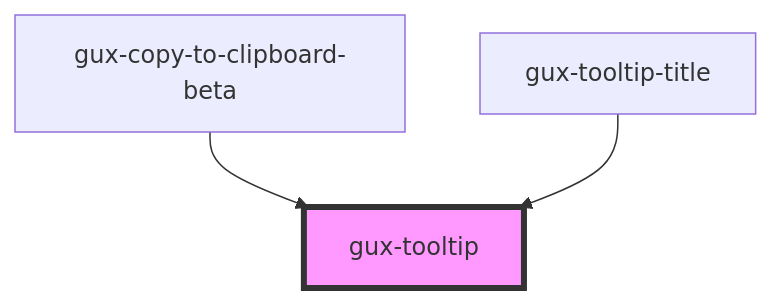
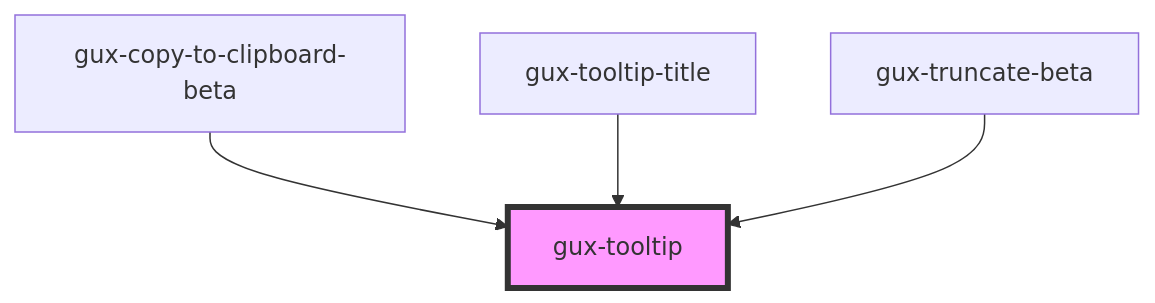
One commit to MyPureCloud/genesys-spark changed the diagram in src/components/stable/gux-tooltip/readme.md. Above: the diagram before and after it, drawn with Mermaid. The commit also changed other lines of this file and 10 other files, not shown here.

First line of the commit message:
feat(gux-truncate): create truncation component (#844)

````diff
--- a/src/components/stable/gux-tooltip/readme.md
+++ b/src/components/stable/gux-tooltip/readme.md
@@ -72,6 +73,7 @@
 ```mermaid
 graph TD;
   gux-copy-to-clipboard-beta --> gux-tooltip
   gux-tooltip-title --> gux-tooltip
+  gux-truncate-beta --> gux-tooltip
   style gux-tooltip fill:#f9f,stroke:#333,stroke-width:4px
 ```
````
